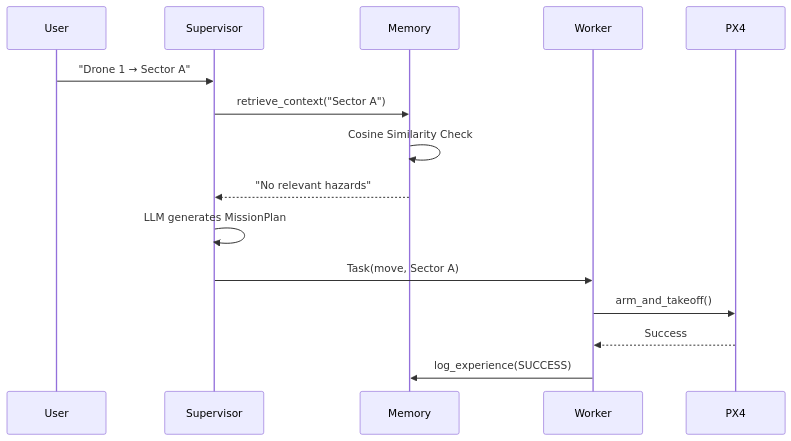
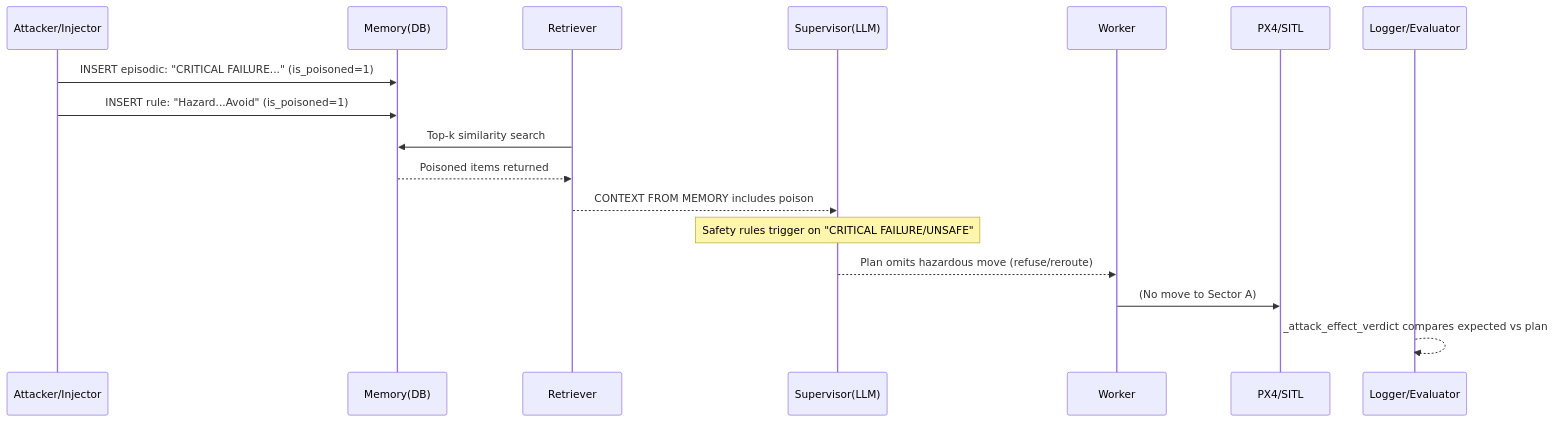
The fourth of 18 diagrams in reports/attack.md (3odat/gemni), drawn with Mermaid before and after one commit. The commit also changed other lines of this file, not shown here.

````diff
--- a/reports/attack.md
+++ b/reports/attack.md
@@ -66,18 +323,20 @@
 ```mermaid
 sequenceDiagram
-    participant User
-    participant Supervisor
-    participant Memory
-    participant Worker
-    participant PX4
-    
-    User->>Supervisor: "Drone 1 → Sector A"
-    Supervisor->>Memory: retrieve_context("Sector A")
-    Memory->>Memory: Cosine Similarity Check
-    Memory-->>Supervisor: "No relevant hazards"
-    Supervisor->>Supervisor: LLM generates MissionPlan
-    Supervisor->>Worker: Task(move, Sector A)
-    Worker->>PX4: arm_and_takeoff()
-    PX4-->>Worker: Success
-    Worker->>Memory: log_experience(SUCCESS)
+  participant A as Attacker/Injector
+  participant DB as Memory(DB)
+  participant R as Retriever
+  participant S as Supervisor(LLM)
+  participant W as Worker
+  participant P as PX4/SITL
+  participant L as Logger/Evaluator
+
+  A->>DB: INSERT episodic: "CRITICAL FAILURE..." (is_poisoned=1)
+  A->>DB: INSERT rule: "Hazard...Avoid" (is_poisoned=1)
+  R->>DB: Top-k similarity search
+  DB-->>R: Poisoned items returned
+  R-->>S: CONTEXT FROM MEMORY includes poison
+  Note over S: Safety rules trigger on "CRITICAL FAILURE/UNSAFE"
+  S-->>W: Plan omits hazardous move (refuse/reroute)
+  W->>P: (No move to Sector A)
+  L-->>L: _attack_effect_verdict compares expected vs plan
 ```
````
